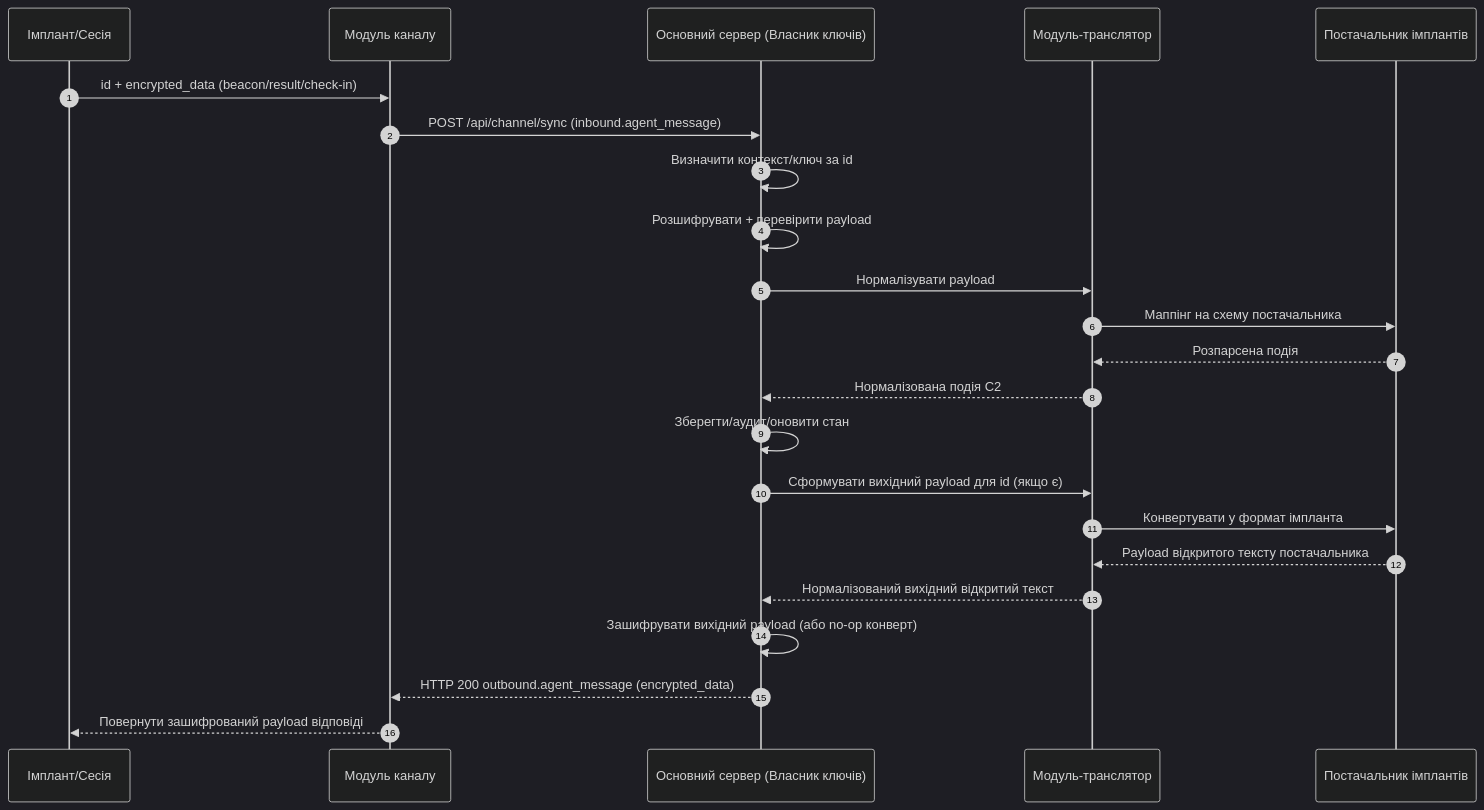
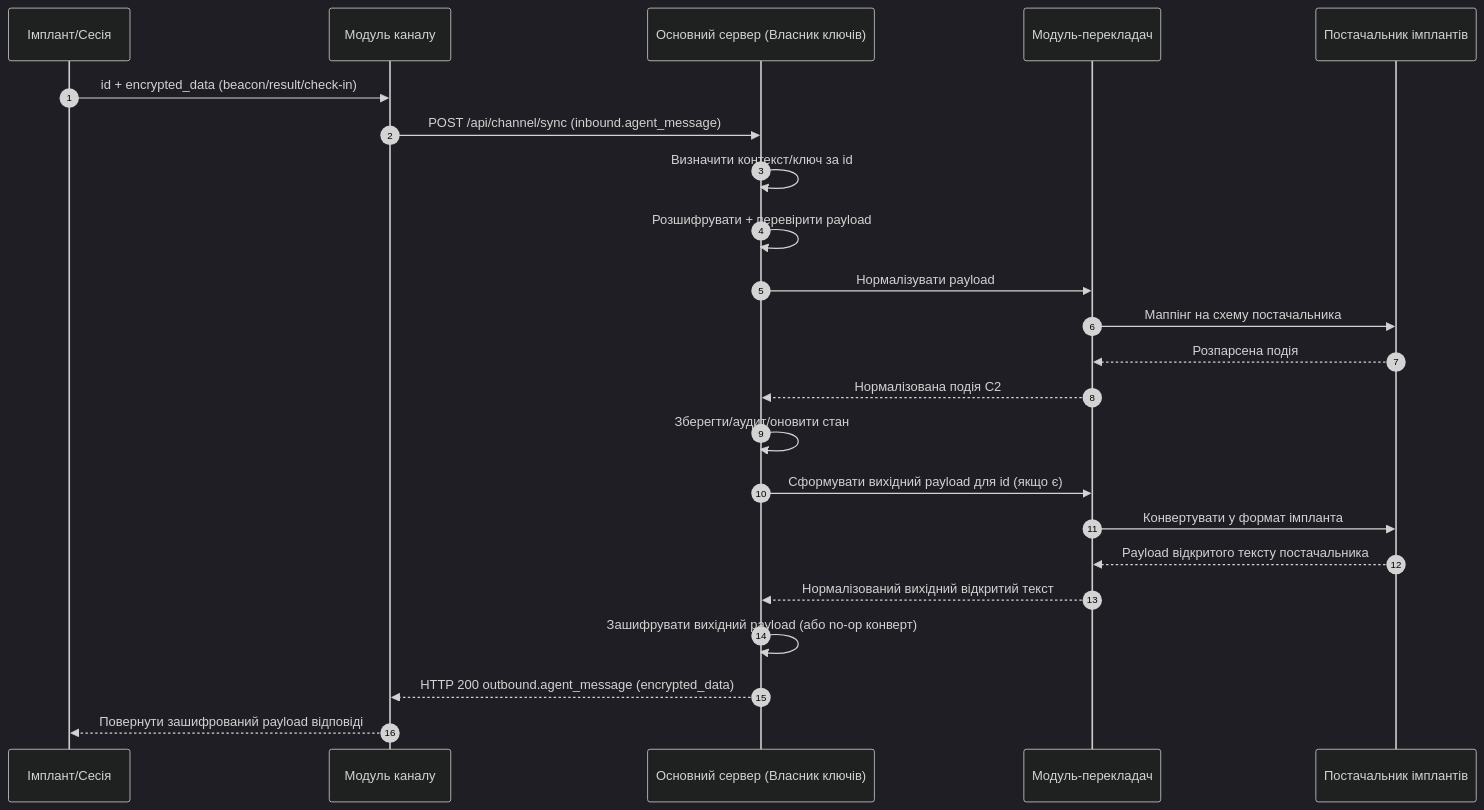
The diagram in docs/message-flow-full.uk.md (vibe-c2/vibe-c2-docs), drawn with Mermaid (dark theme) before and after one commit. The commit also changed other lines of this file and 3 other files, not shown here.

First line of the commit message:
Fix Ukrainian translation: транслятор → перекладач for Translator Modules

````diff
--- a/docs/message-flow-full.uk.md
+++ b/docs/message-flow-full.uk.md
@@ -13,27 +13,27 @@
 ```mermaid
 sequenceDiagram
     autonumber
     participant I as Імплант/Сесія
     participant CH as Модуль каналу
     participant CS as Основний сервер (Власник ключів)
-    participant TR as Модуль-транслятор
+    participant TR as Модуль-перекладач
     participant IP as Постачальник імплантів
 
     I->>CH: id + encrypted_data (beacon/result/check-in)
     CH->>CS: POST /api/channel/sync (inbound.agent_message)
     CS->>CS: Визначити контекст/ключ за id
     CS->>CS: Розшифрувати + перевірити payload
     CS->>TR: Нормалізувати payload
     TR->>IP: Маппінг на схему постачальника
     IP-->>TR: Розпарсена подія
     TR-->>CS: Нормалізована подія C2
     CS->>CS: Зберегти/аудит/оновити стан
 
     CS->>TR: Сформувати вихідний payload для id (якщо є)
     TR->>IP: Конвертувати у формат імпланта
     IP-->>TR: Payload відкритого тексту постачальника
     TR-->>CS: Нормалізований вихідний відкритий текст
     CS->>CS: Зашифрувати вихідний payload (або no-op конверт)
     CS-->>CH: HTTP 200 outbound.agent_message (encrypted_data)
     CH-->>I: Повернути зашифрований payload відповіді
 ```
````
